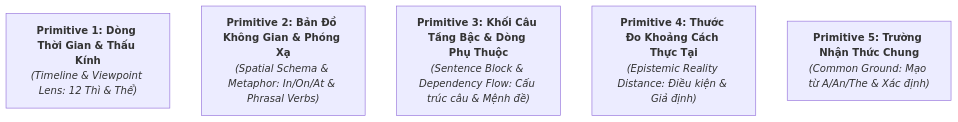
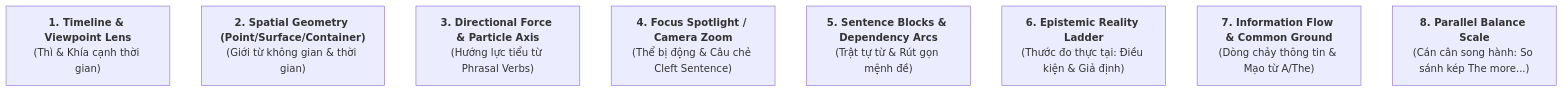
One commit to PhcdY/remotion_claudecode changed the third of 3 diagrams in .gemini/mon/anh.md. Above: the diagram before and after it, drawn with Mermaid. The commit also changed other lines of this file, not shown here.

````diff
--- a/.gemini/mon/anh.md
+++ b/.gemini/mon/anh.md
@@ -88,8 +90,11 @@
 ```mermaid
 graph TD
-    A1["<b>Primitive 1: Dòng Thời Gian & Thấu Kính</b><br/><i>(Timeline & Viewpoint Lens: 12 Thì & Thể)</i>"]
-    A2["<b>Primitive 2: Bản Đồ Không Gian & Phóng Xạ</b><br/><i>(Spatial Schema & Metaphor: In/On/At & Phrasal Verbs)</i>"]
-    A3["<b>Primitive 3: Khối Câu Tầng Bậc & Dòng Phụ Thuộc</b><br/><i>(Sentence Block & Dependency Flow: Cấu trúc câu & Mệnh đề)</i>"]
-    A4["<b>Primitive 4: Thước Đo Khoảng Cách Thực Tại</b><br/><i>(Epistemic Reality Distance: Điều kiện & Giả định)</i>"]
-    A5["<b>Primitive 5: Trường Nhận Thức Chung</b><br/><i>(Common Ground: Mạo từ A/An/The & Xác định)</i>"]
+    M1["<b>1. Timeline & Viewpoint Lens</b><br/>(Thì & Khía cạnh thời gian)"]
+    M2["<b>2. Spatial Geometry (Point/Surface/Container)</b><br/>(Giới từ không gian & thời gian)"]
+    M3["<b>3. Directional Force & Particle Axis</b><br/>(Hướng lực tiểu từ Phrasal Verbs)"]
+    M4["<b>4. Focus Spotlight / Camera Zoom</b><br/>(Thể bị động & Câu chẻ Cleft Sentence)"]
+    M5["<b>5. Sentence Blocks & Dependency Arcs</b><br/>(Trật tự từ & Rút gọn mệnh đề)"]
+    M6["<b>6. Epistemic Reality Ladder</b><br/>(Thước đo thực tại: Điều kiện & Giả định)"]
+    M7["<b>7. Information Flow & Common Ground</b><br/>(Dòng chảy thông tin & Mạo từ A/The)"]
+    M8["<b>8. Parallel Balance Scale</b><br/>(Cán cân song hành: So sánh kép The more...)"]
 ```
````
